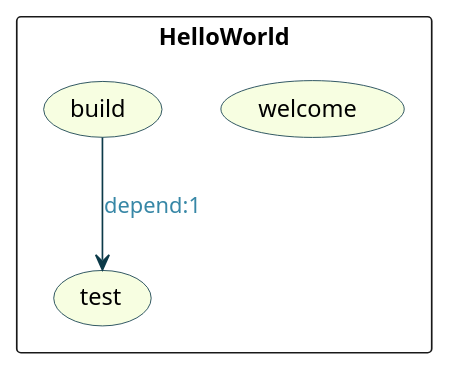
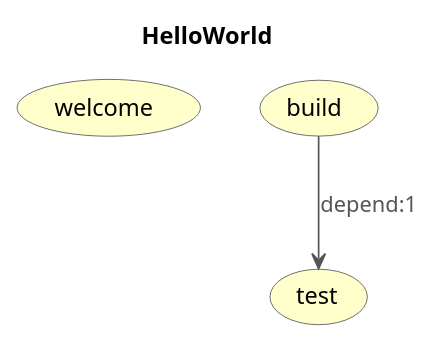
One commit to jawira/phing-visualizer changed the diagram in resources/puml/gist-kbariotis.puml. Above: the diagram before and after it, drawn with PlantUML. The commit also changed 5 other files, not shown here.

```diff
--- a/resources/puml/gist-kbariotis.puml
+++ b/resources/puml/gist-kbariotis.puml
@@ -1,19 +1,23 @@
 @startuml
 
+title HelloWorld
+hide stereotype
 skinparam Arrow {
-Color #0C3A49
-FontColor #3787A6
+Color #555555
+FontColor #555555
 }
 skinparam UseCase {
-BackgroundColor #F7FEE1
-BorderColor #0C3A49
+BackgroundColor #FFFFCC
+BorderColor #555555
 }
 
-rectangle "HelloWorld" {
-(welcome)
-(test)
-(build)
+skinparam UseCase {
+BackgroundColor<< HelloWorld >> #FFFFCC
 }
+(welcome)<< HelloWorld >>
+(test)<< HelloWorld >>
+(build)<< HelloWorld >>
+
 
 (build) --> (test) : depend:1
 @enduml
```
